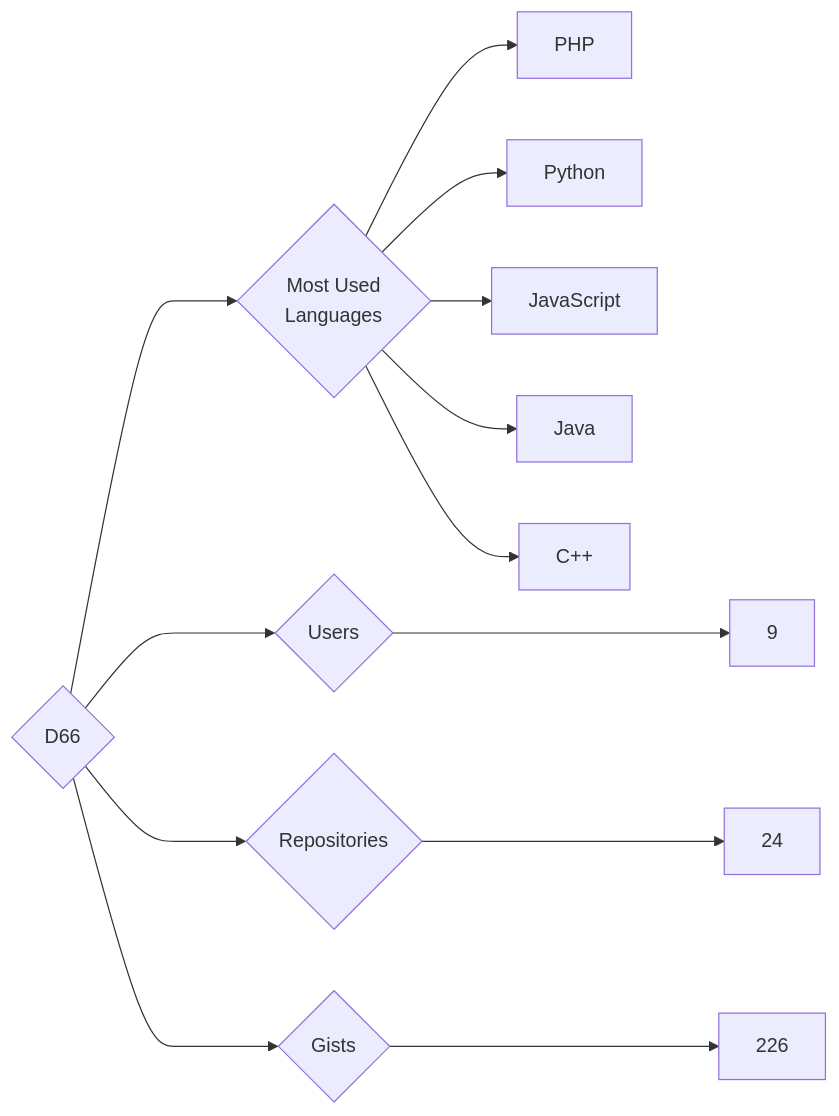
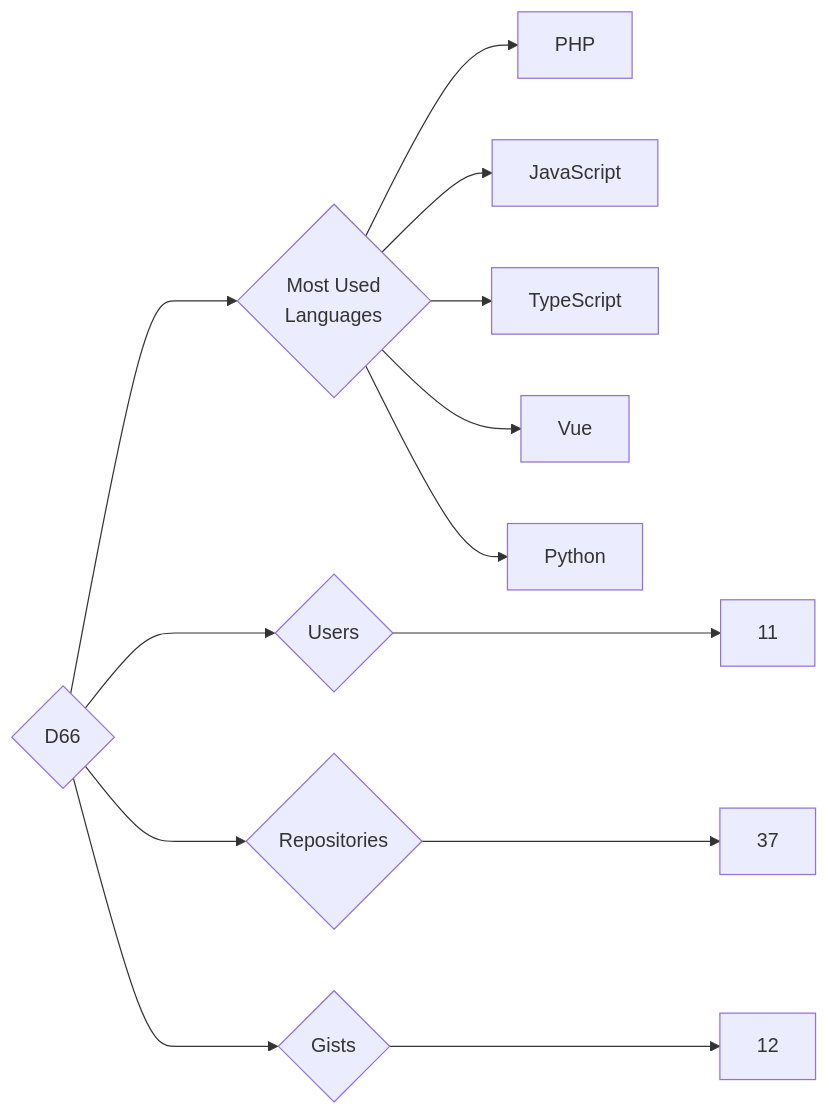
The diagram in targets/D66/README.md (trickest/insiders), drawn with Mermaid before and after one commit. The commit also changed 847 other files, not shown here.

````diff
--- a/targets/D66/README.md
+++ b/targets/D66/README.md
@@ -3,13 +3,13 @@
 ```mermaid
 graph LR
 COMPANY_NAME{D66}
-COMPANY_NAME ---> U{Users} ---> UN[9]
-COMPANY_NAME ---> R{Repositories} ---> RN[24]
-COMPANY_NAME ---> G{Gists} ---> GN[226]
+COMPANY_NAME ---> U{Users} ---> UN[11]
+COMPANY_NAME ---> R{Repositories} ---> RN[37]
+COMPANY_NAME ---> G{Gists} ---> GN[12]
 COMPANY_NAME ---> ML{Most Used<br>Languages}
 ML --> PHP[PHP]
+ML --> JavaScript[JavaScript]
+ML --> TypeScript[TypeScript]
+ML --> Vue[Vue]
 ML --> Python[Python]
-ML --> JavaScript[JavaScript]
-ML --> Java[Java]
-ML --> C++[C++]
 ```
````
